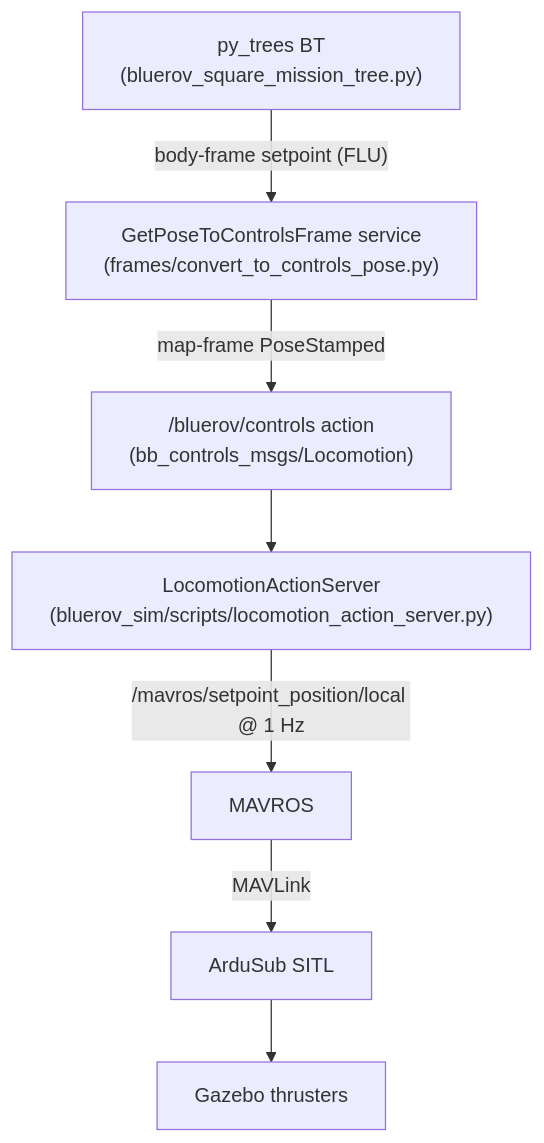
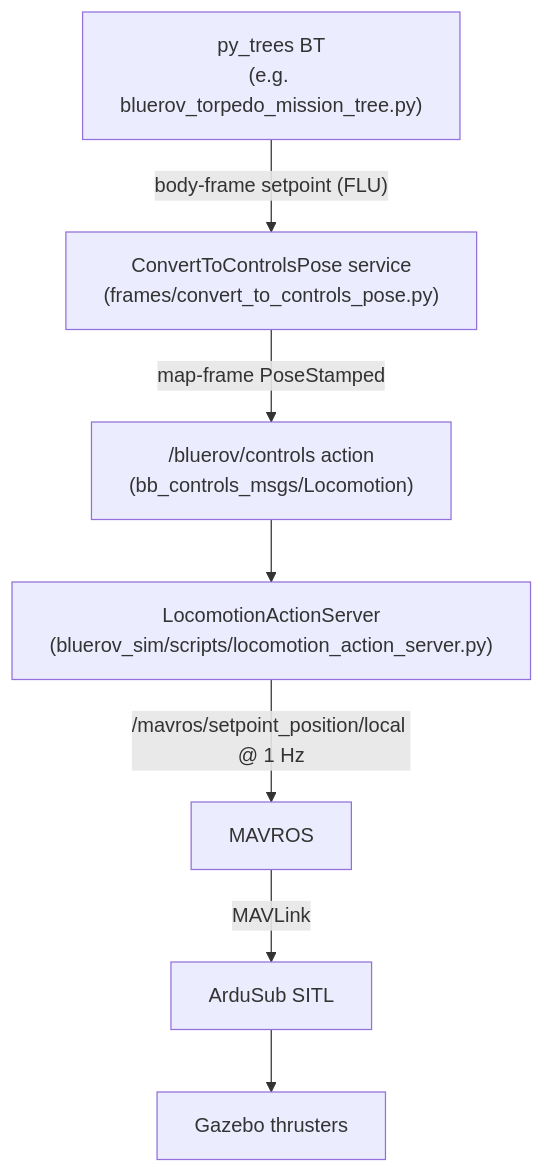
Before and after one commit to BumblebeeAS/release: the first of 3 diagrams in docs/overview/architecture.md, drawn with Mermaid. The commit also changed other lines of this file and 29 other files, not shown here.

````diff
--- a/docs/overview/architecture.md
+++ b/docs/overview/architecture.md
@@ -8,17 +19,17 @@
 ``` mermaid
 flowchart TD
-  BT["py_trees BT<br/>(bluerov_square_mission_tree.py)"]
-  CVT["GetPoseToControlsFrame service<br/>(frames/convert_to_controls_pose.py)"]
+  BT["py_trees BT<br/>(e.g. bluerov_torpedo_mission_tree.py)"]
+  CVT["ConvertToControlsPose service<br/>(frames/convert_to_controls_pose.py)"]
   ACT["/bluerov/controls action<br/>(bb_controls_msgs/Locomotion)"]
   AS["LocomotionActionServer<br/>(bluerov_sim/scripts/locomotion_action_server.py)"]
   MR[MAVROS]
   SUB[ArduSub SITL]
   GZ[Gazebo thrusters]
 
   BT -- "body-frame setpoint (FLU)" --> CVT
   CVT -- "map-frame PoseStamped" --> ACT
   ACT --> AS
   AS -- "/mavros/setpoint_position/local @ 1 Hz" --> MR
   MR -- MAVLink --> SUB
   SUB --> GZ
 ```
````
